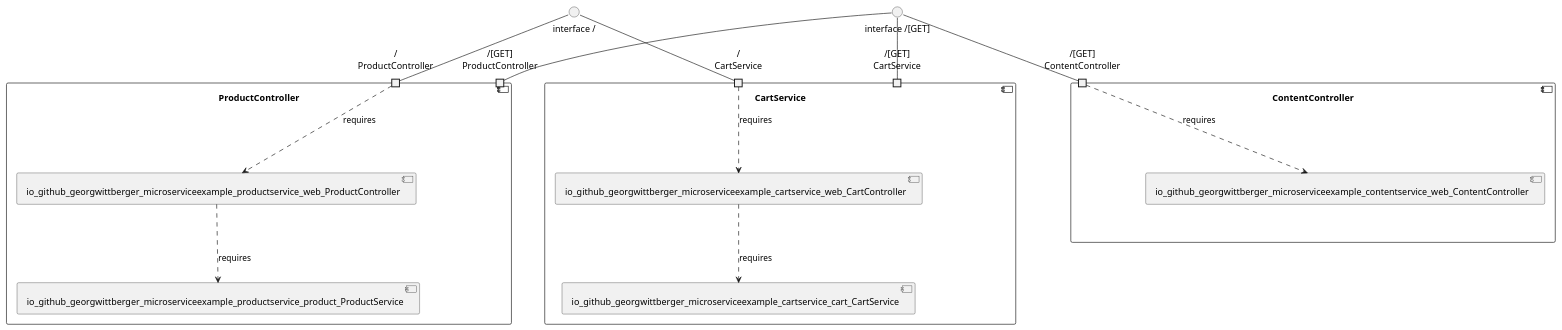
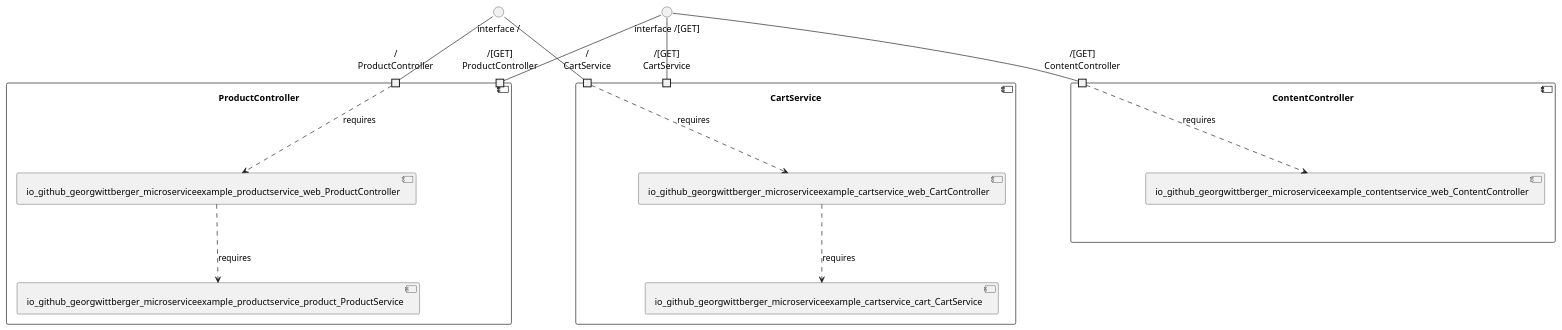
One commit to View-Based-Reverse-Engineering/Retriever-Benchmark changed the diagram in georgwittberger-example/model_re/uml/componentDiagram.puml. Above: the diagram before and after it, drawn with PlantUML. The commit also changed other lines of this file and 111 other files, not shown here.

```diff
--- a/georgwittberger-example/model_re/uml/componentDiagram.puml
+++ b/georgwittberger-example/model_re/uml/componentDiagram.puml
@@ -1,30 +1,30 @@
 @startuml
 skinparam fixCircleLabelOverlapping true
 component "CartService\n\n\n\n\n\n" {
+[io_github_georgwittberger_microserviceexample_cartservice_cart_CartService]
 [io_github_georgwittberger_microserviceexample_cartservice_web_CartController]
-[io_github_georgwittberger_microserviceexample_cartservice_cart_CartService]
+portin "/[GET]\nCartService"
 portin "/\nCartService"
-portin "/[GET]\nCartService"
 [io_github_georgwittberger_microserviceexample_cartservice_web_CartController]..>[io_github_georgwittberger_microserviceexample_cartservice_cart_CartService] : requires
 "/\nCartService"..>[io_github_georgwittberger_microserviceexample_cartservice_web_CartController] : requires
 }
 "interface /"--"/\nCartService"
 "interface /[GET]"--"/[GET]\nCartService"
 component "ContentController\n\n\n\n\n\n" {
 [io_github_georgwittberger_microserviceexample_contentservice_web_ContentController]
 portin "/[GET]\nContentController"
 "/[GET]\nContentController"..>[io_github_georgwittberger_microserviceexample_contentservice_web_ContentController] : requires
 }
 "interface /[GET]"--"/[GET]\nContentController"
 component "ProductController\n\n\n\n\n\n" {
+[io_github_georgwittberger_microserviceexample_productservice_product_ProductService]
 [io_github_georgwittberger_microserviceexample_productservice_web_ProductController]
-[io_github_georgwittberger_microserviceexample_productservice_product_ProductService]
 portin "/\nProductController"
 portin "/[GET]\nProductController"
 [io_github_georgwittberger_microserviceexample_productservice_web_ProductController]..>[io_github_georgwittberger_microserviceexample_productservice_product_ProductService] : requires
 "/\nProductController"..>[io_github_georgwittberger_microserviceexample_productservice_web_ProductController] : requires
 }
 "interface /"--"/\nProductController"
 "interface /[GET]"--"/[GET]\nProductController"
 
 @enduml
```
